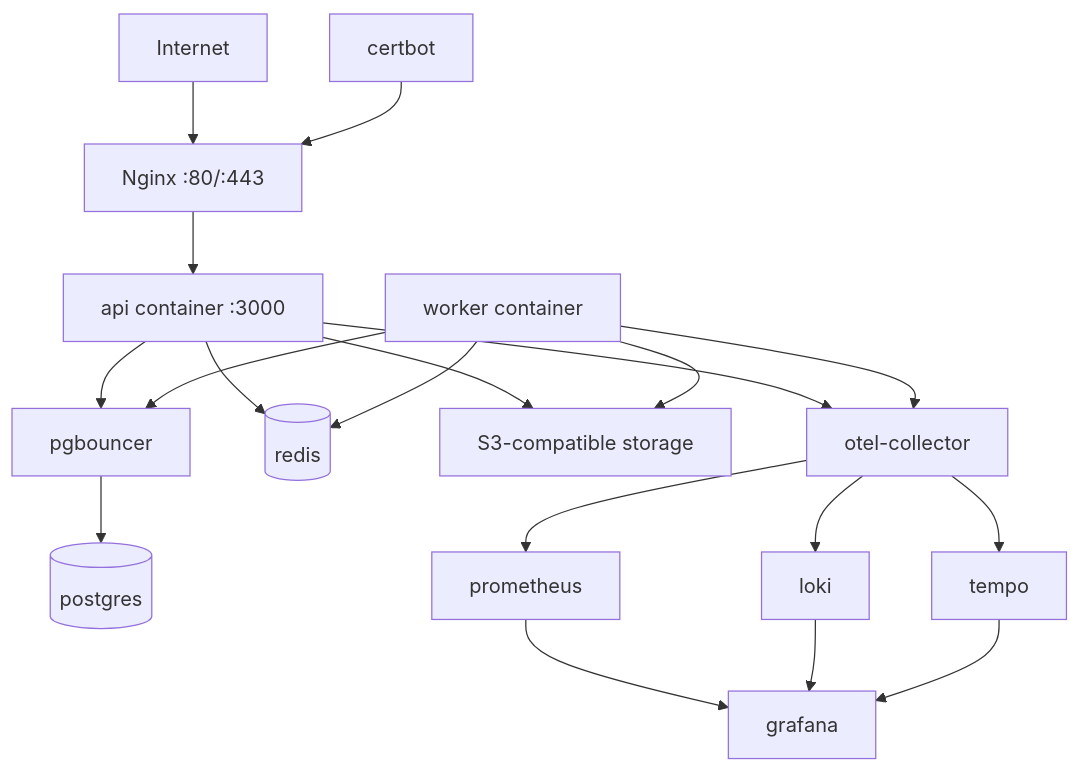
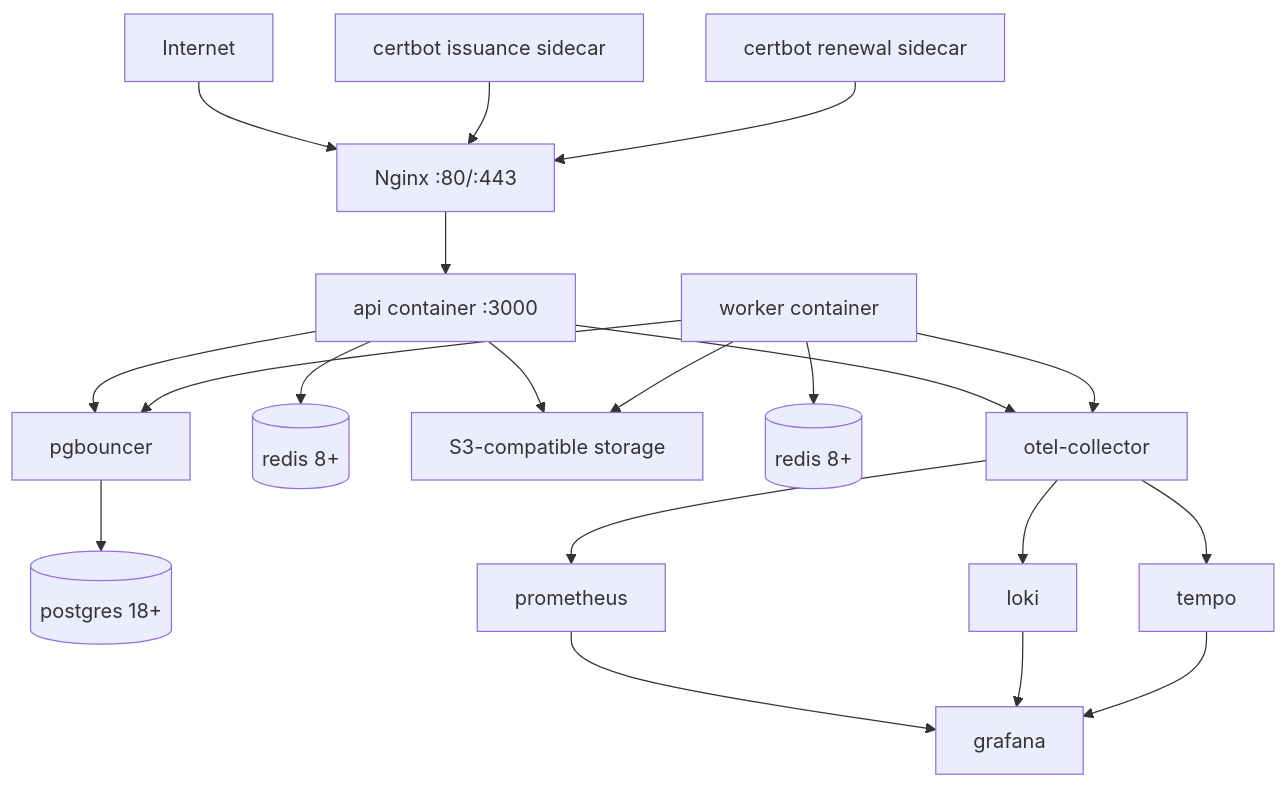
One commit to takin/knowledge-base changed the first of 3 diagrams in raw/engineering/tech-stacks/2026-04-15-infra-docker-compose-nginx-stack.md. Above: the diagram before and after it, drawn with Mermaid. The commit also changed other lines of this file and 13 other files, not shown here.

````diff
--- a/raw/engineering/tech-stacks/2026-04-15-infra-docker-compose-nginx-stack.md
+++ b/raw/engineering/tech-stacks/2026-04-15-infra-docker-compose-nginx-stack.md
@@ -213,25 +244,26 @@
 ```mermaid
 flowchart TB
     Internet[Internet] --> Nginx[Nginx :80/:443]
     Nginx --> API[api container :3000]
 
     API --> PgBouncer[pgbouncer]
-    PgBouncer --> Postgres[(postgres)]
-    API --> Redis[(redis)]
+    PgBouncer --> Postgres[(postgres 18+)]
+    API --> Redis[(redis 8+)]
     API --> Storage[S3-compatible storage]
 
     Worker[worker container] --> PgBouncer
-    Worker --> Redis
+    Worker --> Redis8[(redis 8+)]
     Worker --> Storage
 
     API --> OTel[otel-collector]
     Worker --> OTel
     OTel --> Prometheus[prometheus]
     OTel --> Loki[loki]
     OTel --> Tempo[tempo]
     Prometheus --> Grafana[grafana]
     Loki --> Grafana
     Tempo --> Grafana
 
-    Certbot[certbot] --> Nginx
+    Certbot[certbot issuance sidecar] --> Nginx
+    CertbotRenew[certbot renewal sidecar] --> Nginx
 ```
````
